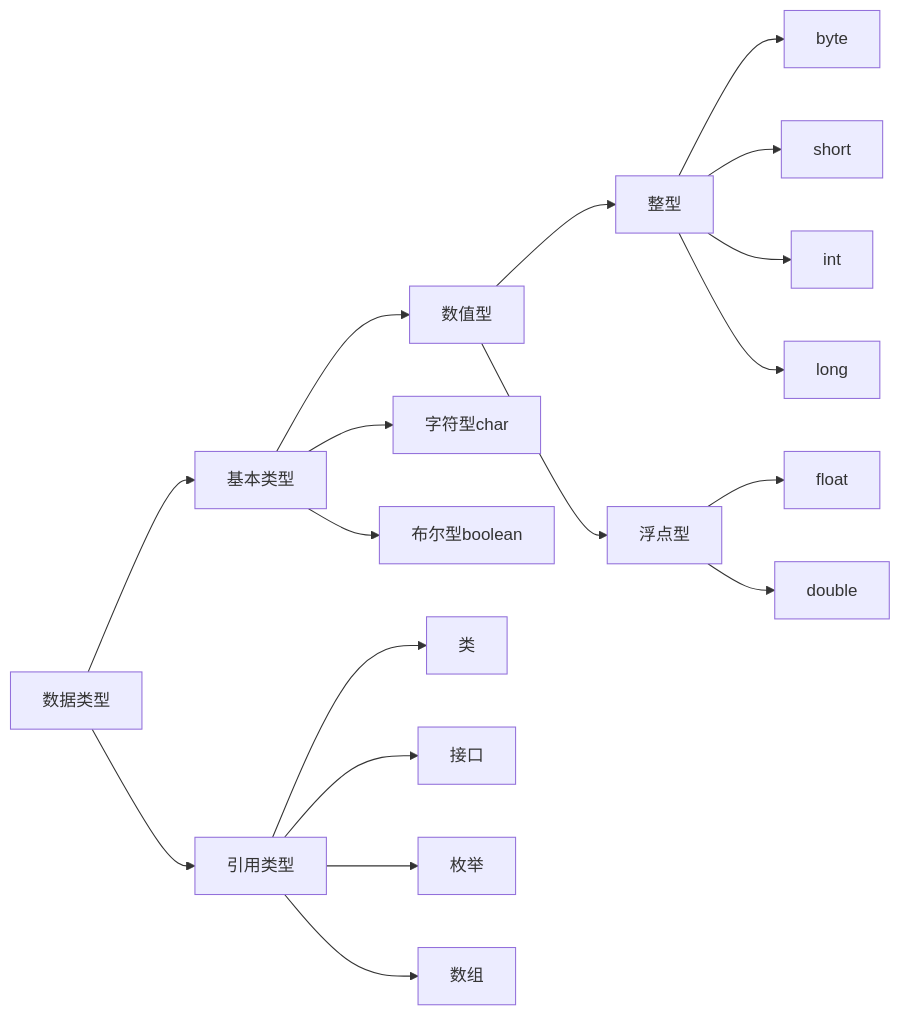
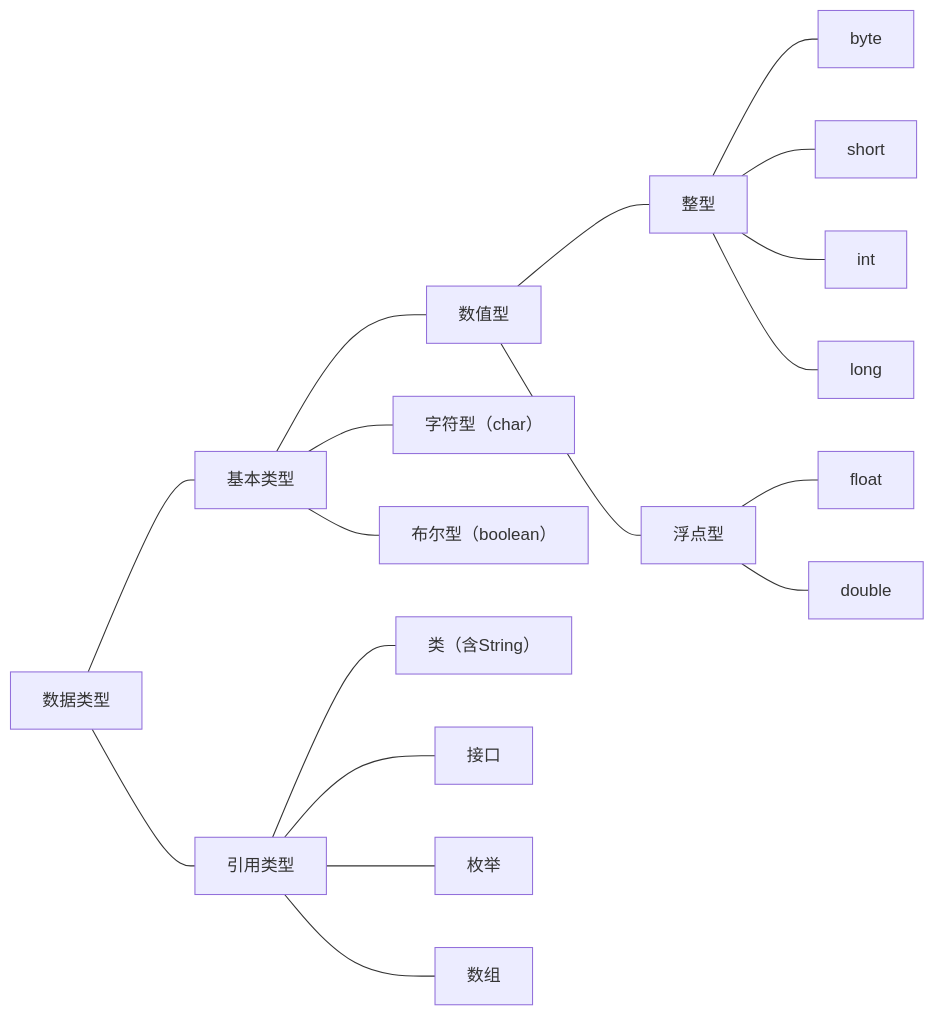
Before and after one commit to Super-Van/Notebook: the diagram in Java.md, drawn with Mermaid. The commit also changed other lines of this file and 9 other files, not shown here.

````diff
--- a/Java.md
+++ b/Java.md
@@ -186,9 +186,9 @@
 ```mermaid
-graph LR;
-	数据类型-->基本类型 & 引用类型;
-	基本类型-->数值型 & 字符型char & 布尔型boolean;
-	数值型-->整型 & 浮点型;
-	整型-->byte & short & int & long;
-	浮点型-->float & double;
-	引用类型-->类 & 接口 & 枚举 & 数组;
+flowchart LR;
+	数据类型---基本类型 & 引用类型;
+	基本类型---数值型 & char["字符型（char）"] & boolean["布尔型（boolean）"];
+	数值型---整型 & 浮点型;
+	整型---byte & short & int & long;
+	浮点型---float & double;
+	引用类型---cls["类（含String）"] & 接口 & 枚举 & 数组;
 ```
````
